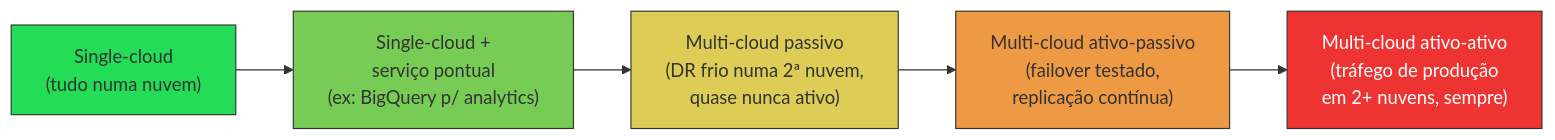
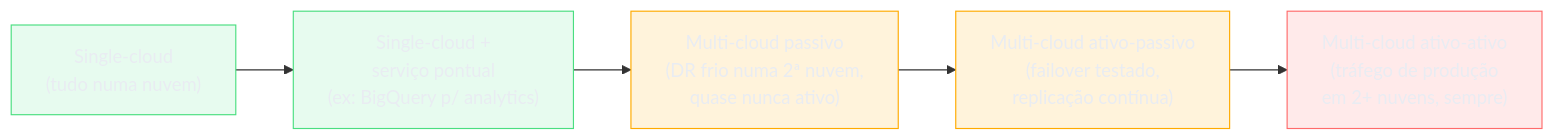
Before and after one commit to josenaldo/codex-technomanticus: the first of 2 diagrams in 03-Dominios/Tecnologia/Cloud/23 - Panorama multi-cloud e portabilidade/01 - Por que (e por que não) multi-cloud.md, drawn with Mermaid. The commit also changed 1181 other files, not shown here.

First line of the commit message:
fix(diagramas): paleta do sistema no lugar de cor cravada no markdown

````diff
--- a/03-Dominios/Tecnologia/Cloud/23 - Panorama multi-cloud e portabilidade/01 - Por que (e por que não) multi-cloud.md
+++ b/03-Dominios/Tecnologia/Cloud/23 - Panorama multi-cloud e portabilidade/01 - Por que (e por que não) multi-cloud.md
@@ -27,13 +27,16 @@
 ```mermaid
 flowchart LR
+    classDef ok fill:#4ADE8021,stroke:#4ADE80,color:#E9ECF2
+    classDef destaque fill:#FFAA0024,stroke:#FFAA00,color:#E9ECF2
+    classDef falha fill:#FF6B6B24,stroke:#FF6B6B,color:#E9ECF2
     A["Single-cloud\n(tudo numa nuvem)"] --> B["Single-cloud +\nserviço pontual\n(ex: BigQuery p/ analytics)"]
     B --> C["Multi-cloud passivo\n(DR frio numa 2ª nuvem,\nquase nunca ativo)"]
     C --> D["Multi-cloud ativo-passivo\n(failover testado,\nreplicação contínua)"]
     D --> E["Multi-cloud ativo-ativo\n(tráfego de produção\nem 2+ nuvens, sempre)"]
 
-    style A fill:#2d5,stroke:#333
-    style B fill:#7c5,stroke:#333
-    style C fill:#dc5,stroke:#333
-    style D fill:#e94,stroke:#333
-    style E fill:#e33,stroke:#333,color:#fff
+    class A ok
+    class B ok
+    class C destaque
+    class D destaque
+    class E falha
 ```
````
